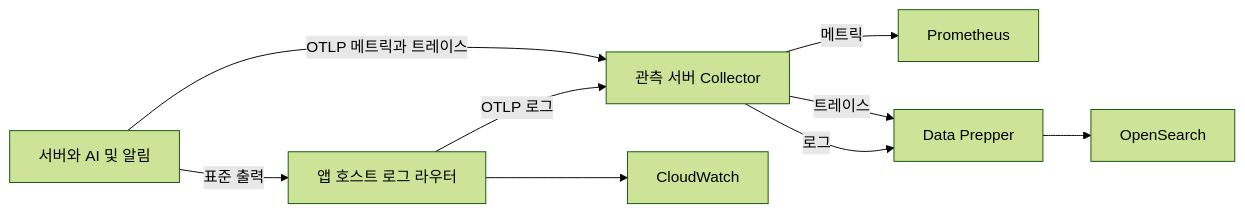
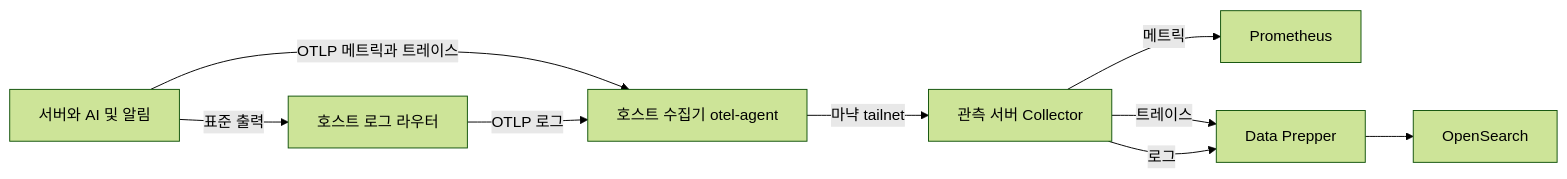
One commit to KIM-N-KANG/knk-harness changed the diagram in docs/platform/BACKEND/2-OBSERVABILITY.md. Above: the diagram before and after it, drawn with Mermaid (forest theme). The commit also changed other lines of this file and 2 other files, not shown here.

````diff
--- a/docs/platform/BACKEND/2-OBSERVABILITY.md
+++ b/docs/platform/BACKEND/2-OBSERVABILITY.md
@@ -11,11 +11,11 @@
 ```mermaid
 flowchart LR
-    S["서버와 AI 및 알림"] -->|OTLP 메트릭과 트레이스| C["관측 서버 Collector"]
+    S["서버와 AI 및 알림"] -->|OTLP 메트릭과 트레이스| A["호스트 수집기 otel-agent"]
+    A -->|마냑 tailnet| C["관측 서버 Collector"]
     C -->|메트릭| M["Prometheus"]
     C -->|트레이스| D["Data Prepper"]
     D --> O["OpenSearch"]
-    S -->|표준 출력| F["앱 호스트 로그 라우터"]
-    F --> W["CloudWatch"]
-    F -->|OTLP 로그| C
+    S -->|표준 출력| F["호스트 로그 라우터"]
+    F -->|OTLP 로그| A
     C -->|로그| D
 ```
````
